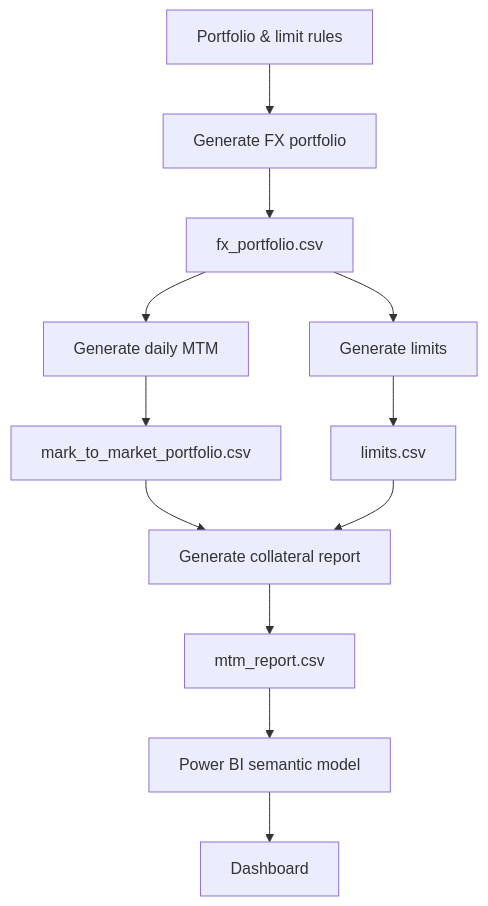
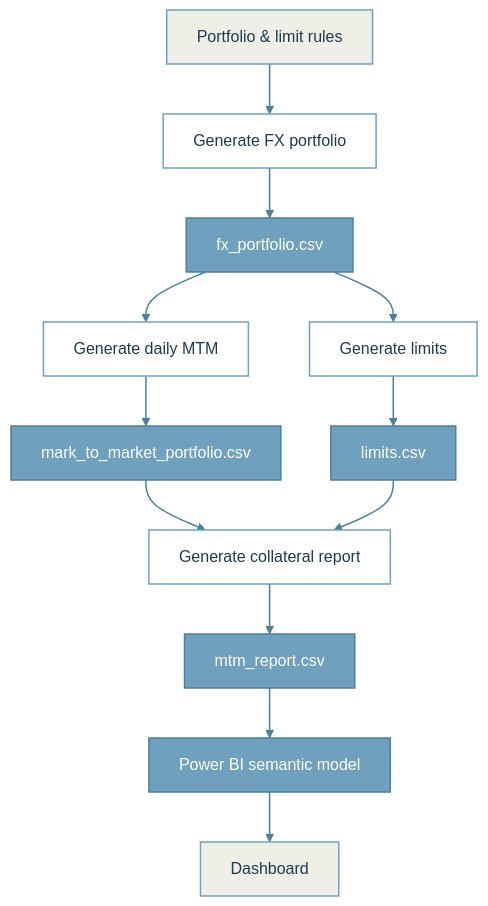
One commit to sgarciapuga/Work_Portfolio changed the first of 3 diagrams in fx-prime-brokerage-collateral/report.qmd. Above: the diagram before and after it, drawn with Mermaid. The commit also changed other lines of this file and 12 other files, not shown here.

Commit message:
updated mermaid theme colours

````diff
--- a/fx-prime-brokerage-collateral/report.qmd
+++ b/fx-prime-brokerage-collateral/report.qmd
@@ -99,21 +99,29 @@
 ```{mermaid}
 %%| label: fig-pipeline
 %%| fig-cap: "End-to-end FX collateral data pipeline."
 %%| echo: false
 flowchart TD
     A[Portfolio & limit rules] --> B[Generate FX portfolio]
     B --> C[fx_portfolio.csv]
 
     C --> D[Generate limits]
     C --> E[Generate daily MTM]
 
     D --> F[limits.csv]
     E --> G[mark_to_market_portfolio.csv]
 
     G --> H[Generate collateral report]
     F --> H[Generate collateral report]
     H --> I[mtm_report.csv]
 
     I --> J[Power BI semantic model]
     J --> K[Dashboard]
+
+    classDef ext fill:#EFEFE8,stroke:#6FA1BF,stroke-width:1.5px,color:#1F3A4D
+    classDef job fill:#FFFFFF,stroke:#6FA1BF,stroke-width:1.5px,color:#1F3A4D
+    classDef store fill:#6FA1BF,stroke:#4A7F9E,stroke-width:1.5px,color:#FFFFFF
+    class A,K ext
+    class B,D,E,H job
+    class C,F,G,I,J store
+    linkStyle default stroke:#4A7F9E,stroke-width:1.5px
 ```
````
